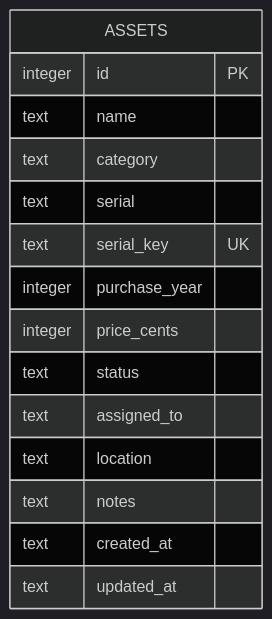
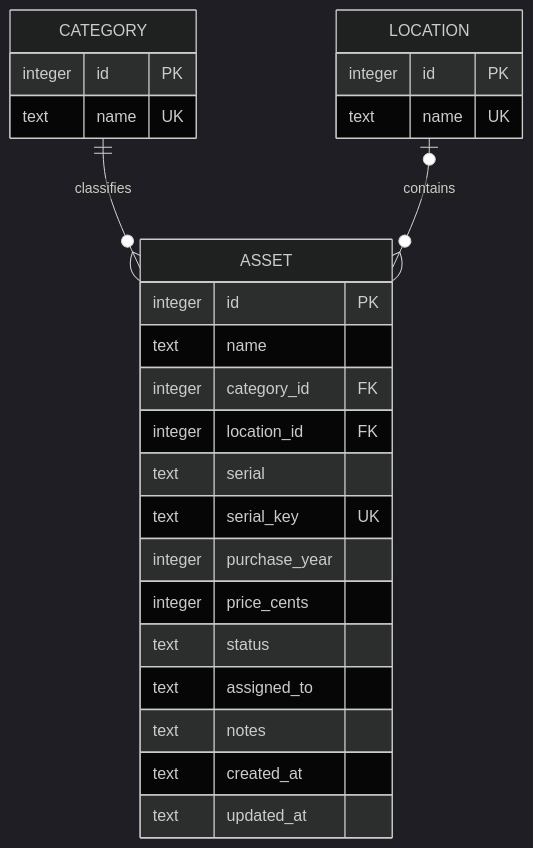
The third of 9 diagrams in docs/ARCHITECTURE.md (Hamed0055/CPIT251-Asset-Manager), drawn with Mermaid (dark theme) before and after one commit. The commit also changed other lines of this file and 29 other files, not shown here.

````diff
--- a/docs/ARCHITECTURE.md
+++ b/docs/ARCHITECTURE.md
@@ -56,18 +62,28 @@
 ```mermaid
 erDiagram
-    ASSETS {
+    CATEGORY ||--o{ ASSET : classifies
+    LOCATION |o--o{ ASSET : contains
+    CATEGORY {
+        integer id PK
+        text name UK
+    }
+    LOCATION {
+        integer id PK
+        text name UK
+    }
+    ASSET {
         integer id PK
         text name
-        text category
+        integer category_id FK
+        integer location_id FK
         text serial
         text serial_key UK
         integer purchase_year
         integer price_cents
         text status
         text assigned_to
-        text location
         text notes
         text created_at
         text updated_at
     }
 ```
````
